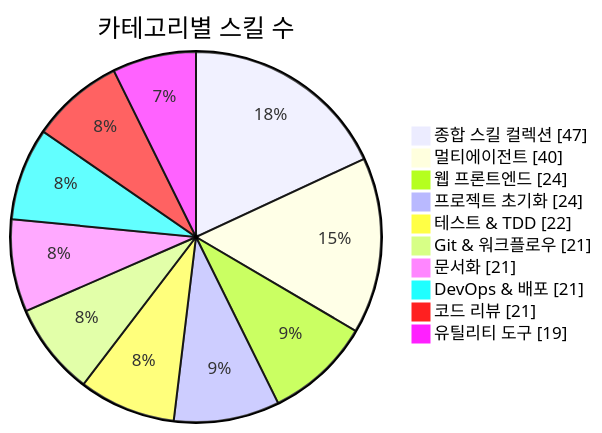
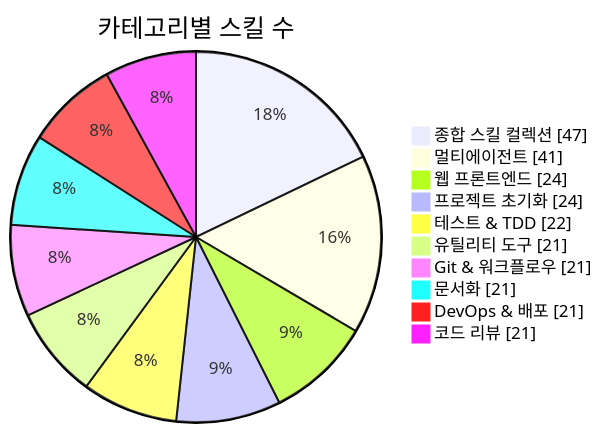
The first of 3 diagrams in README.md (J-nowcow/awesome-korean-agent-skills), drawn with Mermaid before and after one commit. The commit also changed other lines of this file and 5 other files, not shown here.

````diff
--- a/README.md
+++ b/README.md
@@ -176,14 +176,14 @@
 ```mermaid
 pie showData
     title 카테고리별 스킬 수
     "종합 스킬 컬렉션" : 47
-    "멀티에이전트" : 40
+    "멀티에이전트" : 41
     "웹 프론트엔드" : 24
     "프로젝트 초기화" : 24
     "테스트 & TDD" : 22
+    "유틸리티 도구" : 21
     "Git & 워크플로우" : 21
     "문서화" : 21
     "DevOps & 배포" : 21
     "코드 리뷰" : 21
-    "유틸리티 도구" : 19
 ```
````
